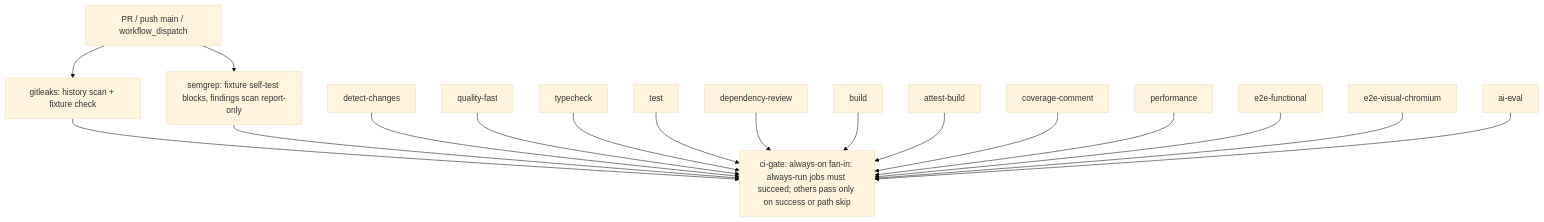
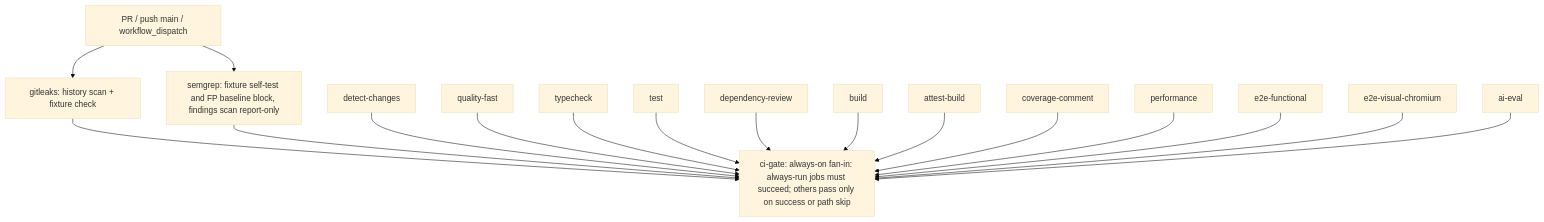
Before and after one commit to erikunha/portfolio: the sixth of 8 diagrams in docs/07-workflows.md, drawn with Mermaid (base theme). The commit also changed other lines of this file and 16 other files, not shown here.

````diff
--- a/docs/07-workflows.md
+++ b/docs/07-workflows.md
@@ -204,20 +204,20 @@
 ```mermaid
 flowchart TD
     pr["PR / push main / workflow_dispatch"] --> secrets["gitleaks: history scan + fixture check"]
     secrets --> gate
-    pr --> semgrep["semgrep: fixture self-test blocks, findings scan report-only"]
+    pr --> semgrep["semgrep: fixture self-test and FP baseline block, findings scan report-only"]
     semgrep --> gate
     dc["detect-changes"] --> gate
     qf["quality-fast"] --> gate
     tc["typecheck"] --> gate
     t["test"] --> gate
     dr["dependency-review"] --> gate
     b["build"] --> gate
     at["attest-build"] --> gate
     cc["coverage-comment"] --> gate
     perf["performance"] --> gate
     e2e["e2e-functional"] --> gate
     vis["e2e-visual-chromium"] --> gate
     ev["ai-eval"] --> gate
     gate["ci-gate: always-on fan-in: always-run jobs must succeed; others pass only on success or path skip"]
 ```
````
